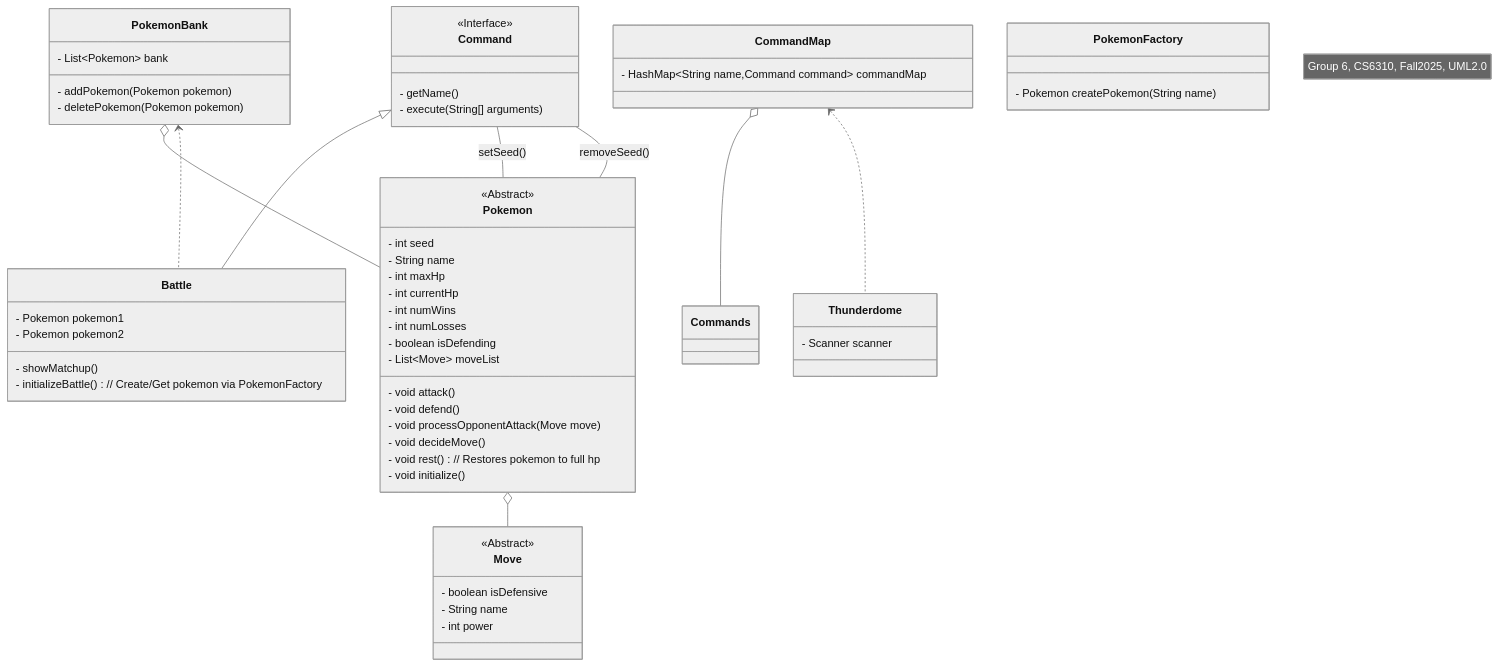
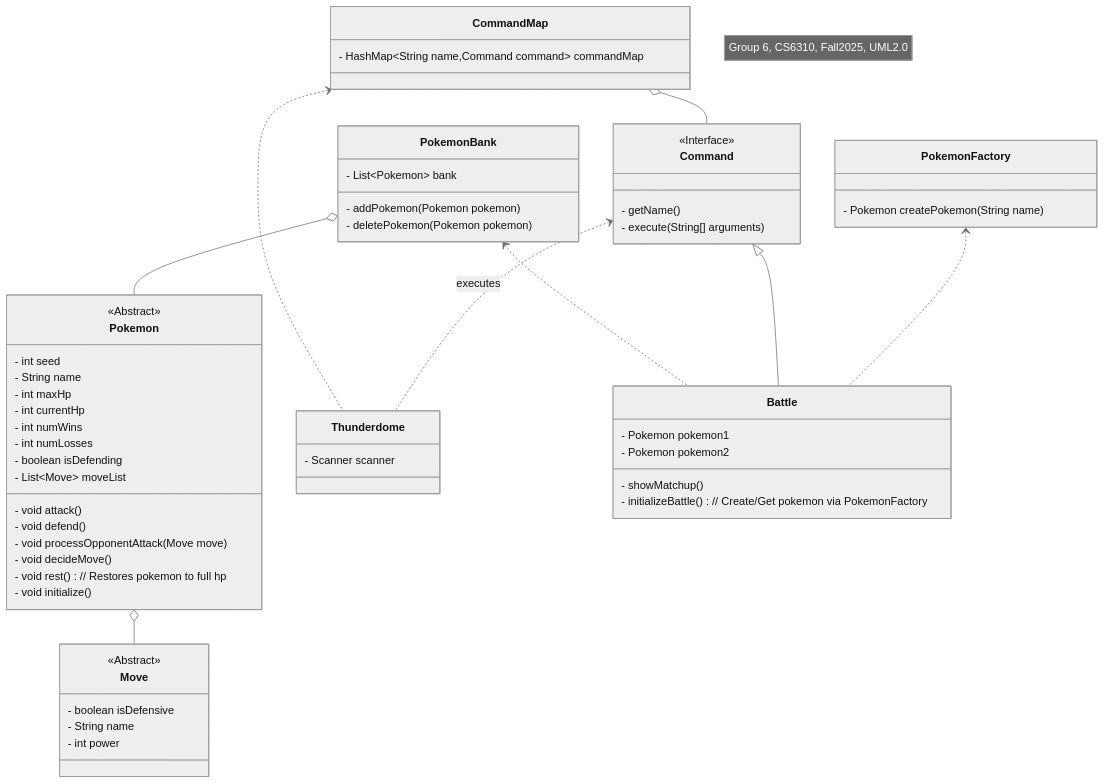
The diagram in OMSCS-Notes/CS6310 - Software Architecture & Design/Project/Class Diagram.md (seantdeitrich/OMSCS-Notes), drawn with Mermaid (neutral theme) before and after one commit.

Commit message:
improved further

````diff
--- a/OMSCS-Notes/CS6310 - Software Architecture & Design/Project/Class Diagram.md
+++ b/OMSCS-Notes/CS6310 - Software Architecture & Design/Project/Class Diagram.md
@@ -1,72 +1,72 @@
 ```mermaid
 classDiagram
 	note "Group 6, CS6310, Fall2025, UML2.0"
 	Pokemon o-- Move
 	PokemonBank o-- Pokemon
-	CommandMap o-- Commands
+	CommandMap o-- Command
 	CommandMap <.. Thunderdome
+	Command <.. Thunderdome : executes
 	PokemonBank <.. Battle
 	Command <|-- Battle
-	Command -- Pokemon : setSeed()
-	Command -- Pokemon : removeSeed()
-	
+	PokemonFactory <.. Battle
+
 	class Move{
 		<<Abstract>>
 		- boolean isDefensive
 		- String name
 		- int power
 	}
 	
 	class Pokemon{
 		<<Abstract>>
 		- int seed
 		- String name
 		- int maxHp
 		- int currentHp
 		- int numWins
 		- int numLosses
 		- boolean isDefending
 		- List~Move~ moveList
 		- void attack() 
 		- void defend()
 		- void processOpponentAttack(Move move)
 		- void decideMove()
 		- void rest() // Restores pokemon to full hp
 		- void initialize()
 	}
 	
 	class PokemonBank{
 		- List~Pokemon~ bank
 		- addPokemon(Pokemon pokemon)
 		- deletePokemon(Pokemon pokemon)
 	}
 	
 	class PokemonFactory{
 		- Pokemon createPokemon(String name)
 	}
 		
 	class Thunderdome{
 		- Scanner scanner
 	}
 	
 	class Command{
 		<<Interface>>
 		- getName()
 		- execute(String[] arguments)
 	}
 	
 	class Battle{
 		- Pokemon pokemon1
 		- Pokemon pokemon2
 		- showMatchup()
 	    - initializeBattle() // Create/Get pokemon via PokemonFactory
 	}
 	
 		
 	class CommandMap{
 		- HashMap~String name,Command command~ commandMap
 	}
 	
 
 
 ```
````
